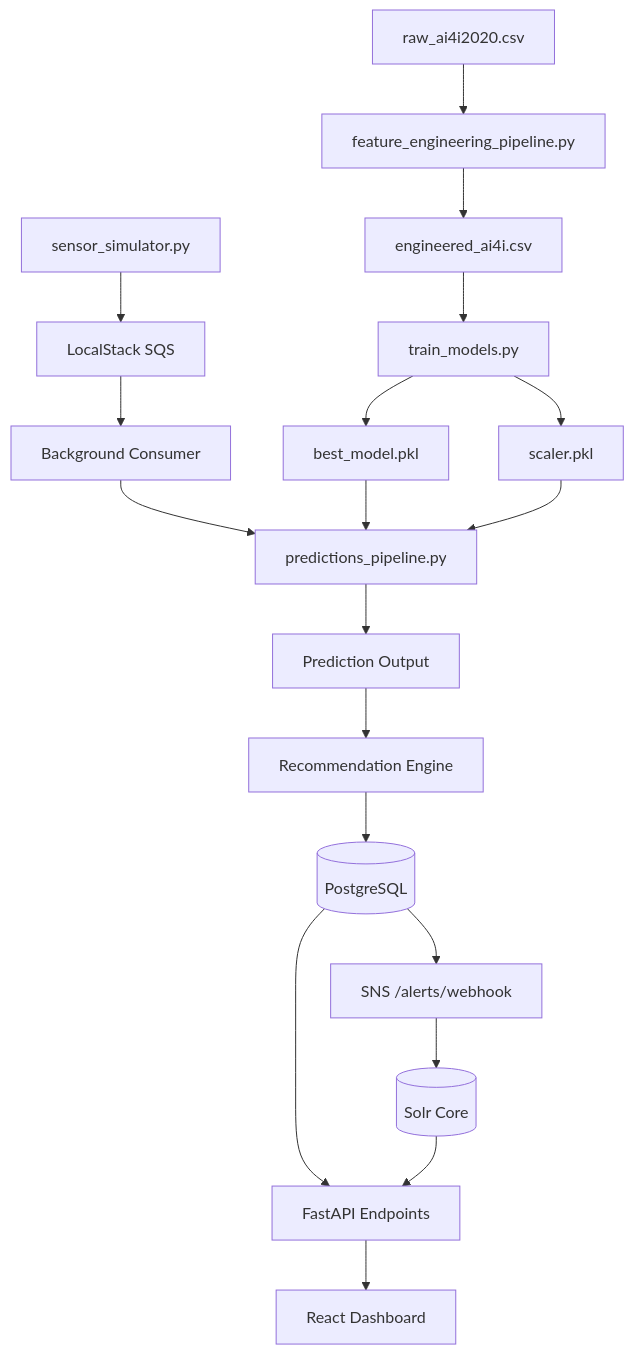
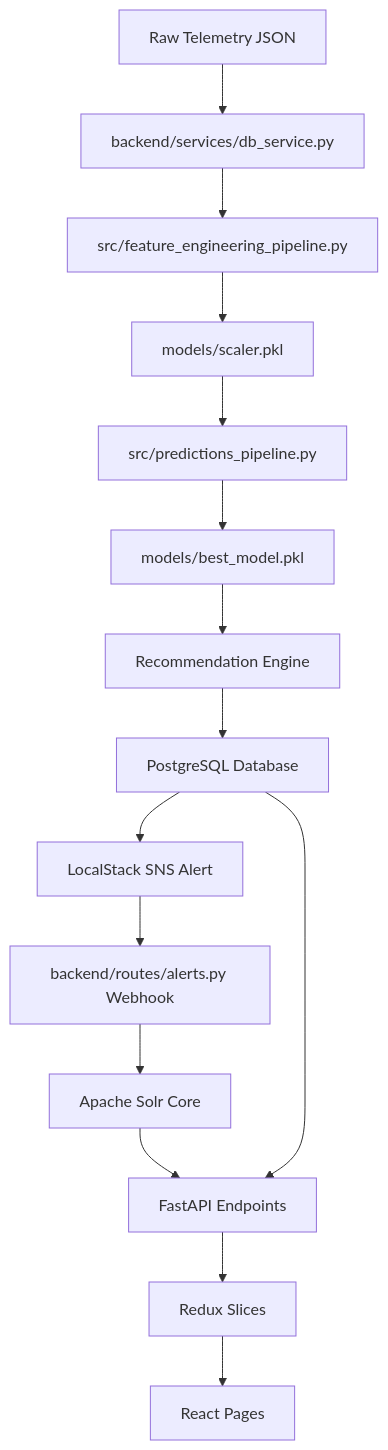
One commit to piyushi-singhal/FixForesight changed the second of 10 diagrams in README.md. Above: the diagram before and after it, drawn with Mermaid. The commit also changed other lines of this file, not shown here.

````diff
--- a/README.md
+++ b/README.md
@@ -107,25 +63,16 @@
 ```mermaid
 flowchart TD
-    Raw[raw_ai4i2020.csv] --> Clean[feature_engineering_pipeline.py]
-    Clean --> Eng[engineered_ai4i.csv]
-    Eng --> Train[train_models.py]
-    Train --> Model[best_model.pkl]
-    Train --> Scaler[scaler.pkl]
-    
-    Sim[sensor_simulator.py] --> SQS[LocalStack SQS]
-    SQS --> Cons[Background Consumer]
-    
-    Cons --> Prep[predictions_pipeline.py]
-    Model --> Prep
-    Scaler --> Prep
-    
-    Prep --> Output[Prediction Output]
-    Output --> Decision[Recommendation Engine]
-    
-    Decision --> DB[(PostgreSQL)]
-    DB --> Webhook[SNS /alerts/webhook]
-    Webhook --> Solr[(Solr Core)]
-    
-    DB & Solr --> API[FastAPI Endpoints]
-    API --> UI[React Dashboard]
+    Raw[Raw Telemetry JSON] --> Parse[backend/services/db_service.py]
+    Parse --> Feature[src/feature_engineering_pipeline.py]
+    Feature --> Scale[models/scaler.pkl]
+    Scale --> Inference[src/predictions_pipeline.py]
+    Inference --> Predict[models/best_model.pkl]
+    Predict --> Evaluate[Recommendation Engine]
+    Evaluate --> Save[PostgreSQL Database]
+    Save --> Publish[LocalStack SNS Alert]
+    Publish --> Webhook[backend/routes/alerts.py Webhook]
+    Webhook --> Index[Apache Solr Core]
+    Index & Save --> REST[FastAPI Endpoints]
+    REST --> State[Redux Slices]
+    State --> View[React Pages]
 ```
````
